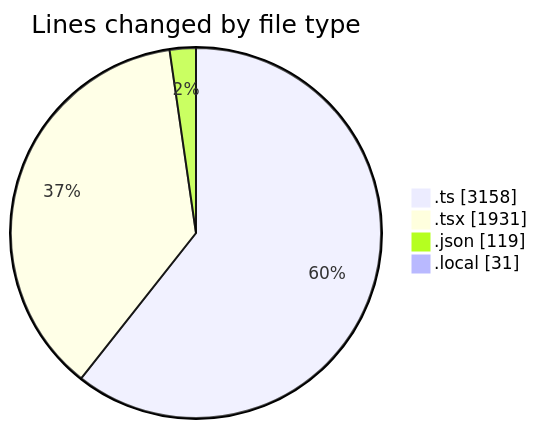
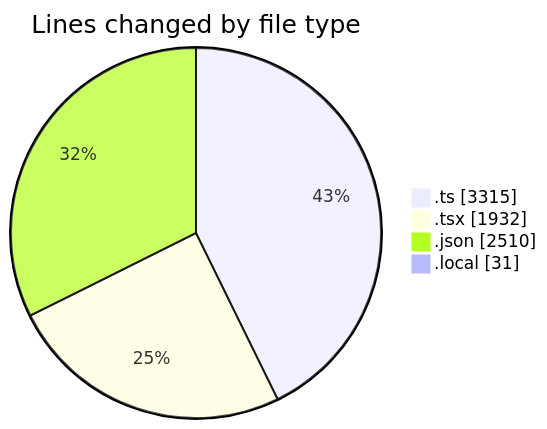
Before and after one commit to julien-gomy/code-tracking: the first of 2 diagrams in 2025-11-10/eventscop-frontend-guide__workspace_/README.md, drawn with Mermaid. The commit also changed other lines of this file and 1 other file, not shown here.

````diff
--- a/2025-11-10/eventscop-frontend-guide__workspace_/README.md
+++ b/2025-11-10/eventscop-frontend-guide__workspace_/README.md
@@ -54,8 +57,8 @@
 ```mermaid
 pie showData
 title Lines changed by file type
-".ts" : 3158
-".tsx" : 1931
-".json" : 119
+".ts" : 3315
+".tsx" : 1932
+".json" : 2510
 ".local" : 31
 ```
````
